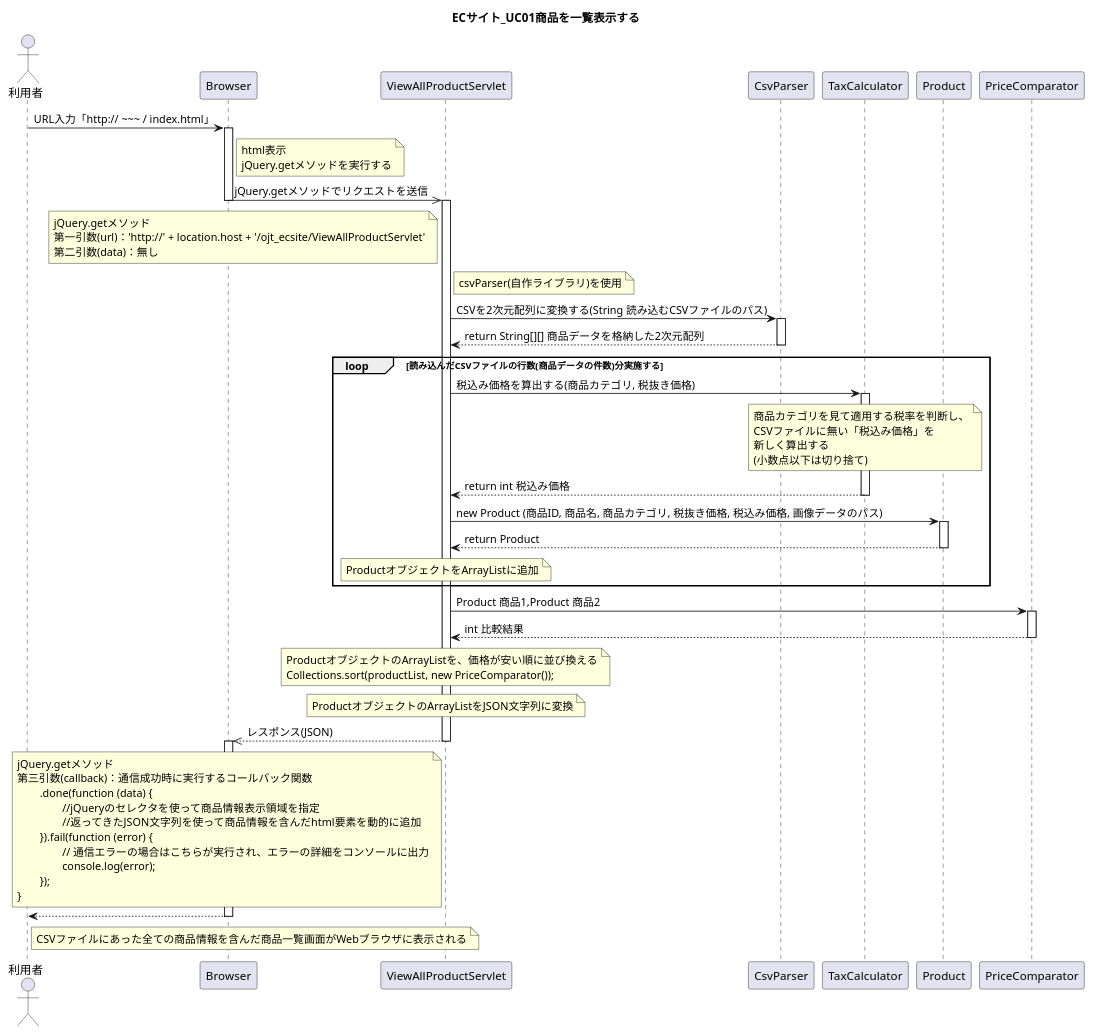
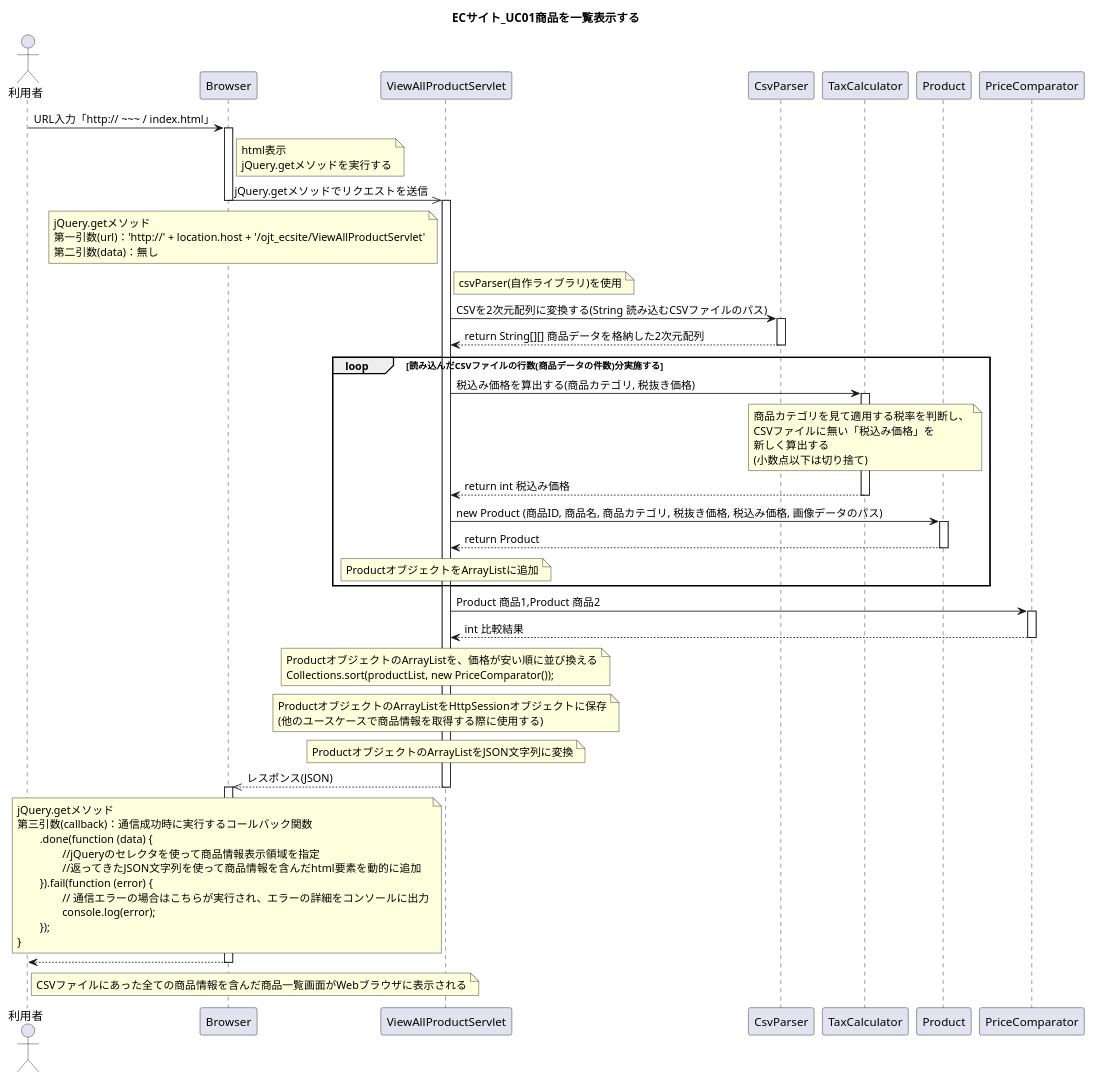
Before and after one commit to wnakayama/ojt_ecsite: the diagram in UML/Sequence01.puml, drawn with PlantUML. The commit also changed 3 other files, not shown here.

Commit message:
クラス図をユースケース毎に分割, セッション管理に関する補足を追加

```diff
--- a/UML/Sequence01.puml
+++ b/UML/Sequence01.puml
@@ -1,97 +1,102 @@
 @startuml
 title ECサイト_UC01商品を一覧表示する
 
 actor 利用者
 
 利用者 -> Browser : URL入力「http:// ~~~ / index.html」
 activate Browser
 	note right of Browser
 	html表示
 	jQuery.getメソッドを実行する
 	end note
 
 Browser ->> ViewAllProductServlet : jQuery.getメソッドでリクエストを送信
 deactivate Browser
 activate ViewAllProductServlet
 
 	note left of ViewAllProductServlet
 	jQuery.getメソッド
 	第一引数(url)：'http://' + location.host + '/ojt_ecsite/ViewAllProductServlet'
 	第二引数(data)：無し
 	end note
 
 
 	note right of ViewAllProductServlet
 	csvParser(自作ライブラリ)を使用
 	end note
 
 ViewAllProductServlet -> CsvParser : CSVを2次元配列に変換する(String 読み込むCSVファイルのパス)
 activate CsvParser
 
 ViewAllProductServlet <-- CsvParser : return String[][] 商品データを格納した2次元配列
 deactivate CsvParser
 
 loop 読み込んだCSVファイルの行数(商品データの件数)分実施する
 ViewAllProductServlet -> TaxCalculator : 税込み価格を算出する(商品カテゴリ, 税抜き価格)
 activate TaxCalculator
 
 	note over of TaxCalculator
 	商品カテゴリを見て適用する税率を判断し、
 	CSVファイルに無い「税込み価格」を
 	新しく算出する
 	(小数点以下は切り捨て)
 	end note
 
 ViewAllProductServlet <-- TaxCalculator : return int 税込み価格
 deactivate TaxCalculator
 
 ViewAllProductServlet -> Product : new Product (商品ID, 商品名, 商品カテゴリ, 税抜き価格, 税込み価格, 画像データのパス)
 activate Product
 
 ViewAllProductServlet <-- Product : return Product
 deactivate Product
 	note over ViewAllProductServlet
 	ProductオブジェクトをArrayListに追加
 	end note
 end loop
 
 ViewAllProductServlet -> PriceComparator : Product 商品1,Product 商品2
 activate PriceComparator
 ViewAllProductServlet <-- PriceComparator : int 比較結果
 deactivate PriceComparator
 
 	note over ViewAllProductServlet
 	ProductオブジェクトのArrayListを、価格が安い順に並び換える
 	Collections.sort(productList, new PriceComparator());
 	end note
 
 	note over ViewAllProductServlet
+	ProductオブジェクトのArrayListをHttpSessionオブジェクトに保存
+	(他のユースケースで商品情報を取得する際に使用する)
+	end note
+
+	note over ViewAllProductServlet
 	ProductオブジェクトのArrayListをJSON文字列に変換
 	end note
 
 Browser <<-- ViewAllProductServlet : レスポンス(JSON)
 deactivate ViewAllProductServlet
 activate Browser
 
 	note left of ViewAllProductServlet
 	jQuery.getメソッド
 	第三引数(callback)：通信成功時に実行するコールバック関数
 		.done(function (data) {
 			//jQueryのセレクタを使って商品情報表示領域を指定
 			//返ってきたJSON文字列を使って商品情報を含んだhtml要素を動的に追加
 		}).fail(function (error) {
 			// 通信エラーの場合はこちらが実行され、エラーの詳細をコンソールに出力
 			console.log(error);
 		});
 	}
 	end note
 
 
 利用者 <-- Browser
 	note right of 利用者
 	CSVファイルにあった全ての商品情報を含んだ商品一覧画面がWebブラウザに表示される
 	end note
 
 deactivate Browser
 
 @enduml
```
